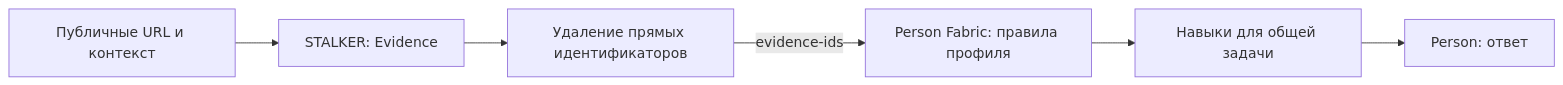
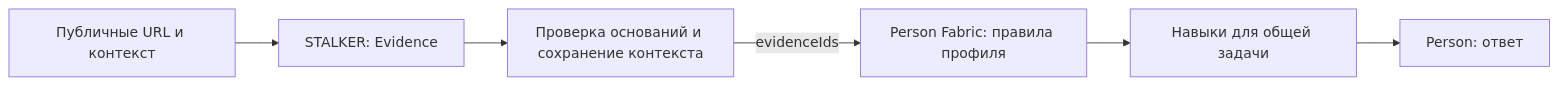
One commit to gnoy-i-salo/proteus changed the third of 4 diagrams in README.md. Above: the diagram before and after it, drawn with Mermaid. The commit also changed other lines of this file and 7 other files, not shown here.

````diff
--- a/README.md
+++ b/README.md
@@ -79,8 +79,8 @@
 ```mermaid
 flowchart LR
     sources["Публичные URL и контекст"] --> evidence["STALKER: Evidence"]
-    evidence --> sanitize["Удаление прямых идентификаторов"]
-    sanitize -->|"evidence-ids"| rules["Person Fabric: правила профиля"]
+    evidence --> context["Проверка оснований и сохранение контекста"]
+    context -->|"evidenceIds"| rules["Person Fabric: правила профиля"]
     rules --> adaptation["Навыки для общей задачи"]
     adaptation --> answer["Person: ответ"]
 ```
````
